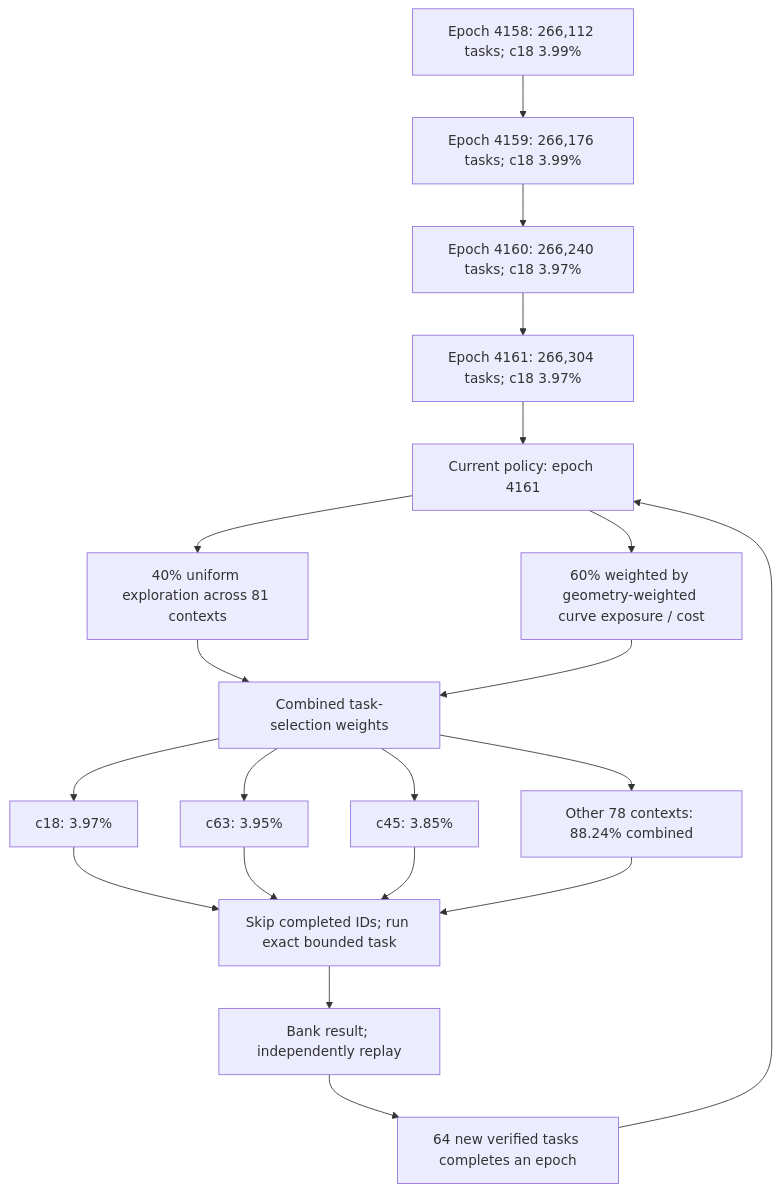
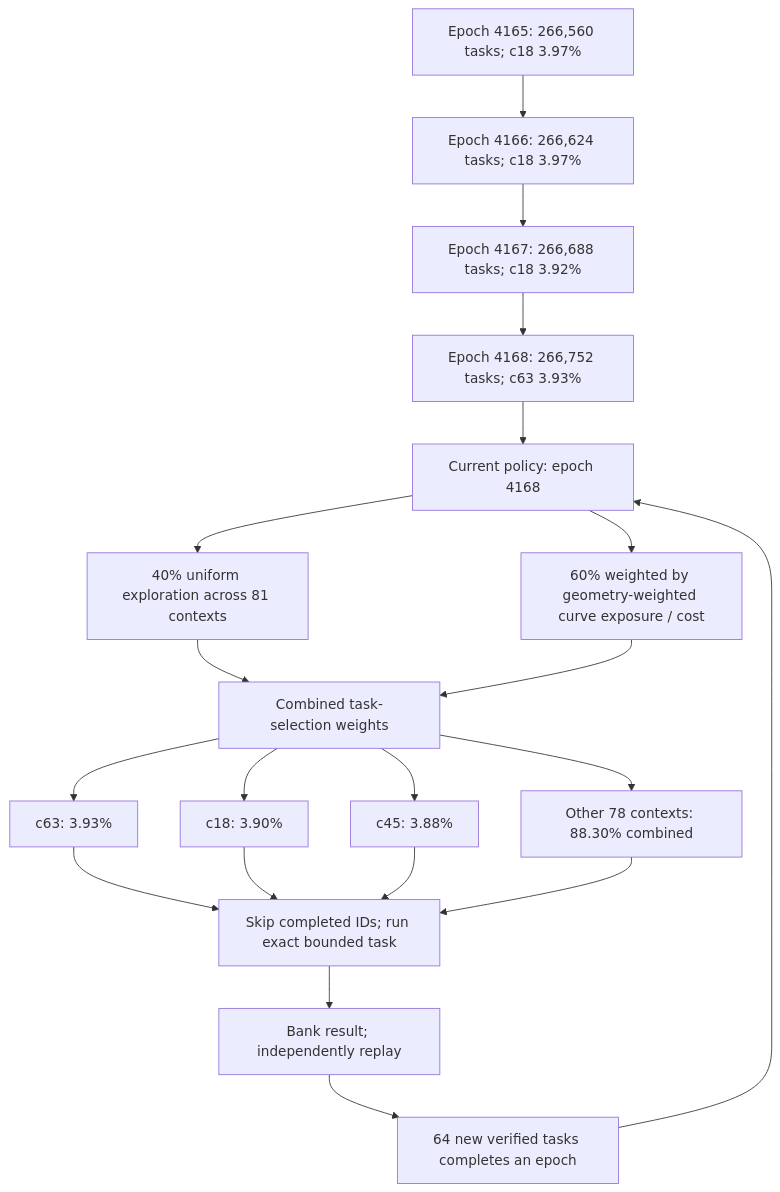
One commit to Kuberwastaken/math-gambling changed the first of 3 diagrams in README.md. Above: the diagram before and after it, drawn with Mermaid. The commit also changed other lines of this file and 986 other files, not shown here.

````diff
--- a/README.md
+++ b/README.md
@@ -60,27 +60,27 @@
 ```mermaid
 flowchart TD
-    H0["Epoch 4158: 266,112 tasks; c18 3.99%"]
-    H1["Epoch 4159: 266,176 tasks; c18 3.99%"]
+    H0["Epoch 4165: 266,560 tasks; c18 3.97%"]
+    H1["Epoch 4166: 266,624 tasks; c18 3.97%"]
     H0 --> H1
-    H2["Epoch 4160: 266,240 tasks; c18 3.97%"]
+    H2["Epoch 4167: 266,688 tasks; c18 3.92%"]
     H1 --> H2
-    H3["Epoch 4161: 266,304 tasks; c18 3.97%"]
+    H3["Epoch 4168: 266,752 tasks; c63 3.93%"]
     H2 --> H3
-    Policy["Current policy: epoch 4161"]
+    Policy["Current policy: epoch 4168"]
     H3 --> Policy
     Policy --> Explore["40% uniform exploration across 81 contexts"]
     Policy --> Cost["60% weighted by geometry-weighted curve exposure / cost"]
     Explore --> Mix["Combined task-selection weights"]
     Cost --> Mix
-    Mix --> C0["c18: 3.97%"]
-    Mix --> C1["c63: 3.95%"]
-    Mix --> C2["c45: 3.85%"]
-    Mix --> Rest["Other 78 contexts: 88.24% combined"]
+    Mix --> C0["c63: 3.93%"]
+    Mix --> C1["c18: 3.90%"]
+    Mix --> C2["c45: 3.88%"]
+    Mix --> Rest["Other 78 contexts: 88.30% combined"]
     C0 --> Check["Skip completed IDs; run exact bounded task"]
     C1 --> Check
     C2 --> Check
     Rest --> Check
     Check --> Replay["Bank result; independently replay"]
     Replay --> Gate["64 new verified tasks completes an epoch"]
     Gate --> Policy
 ```
````
